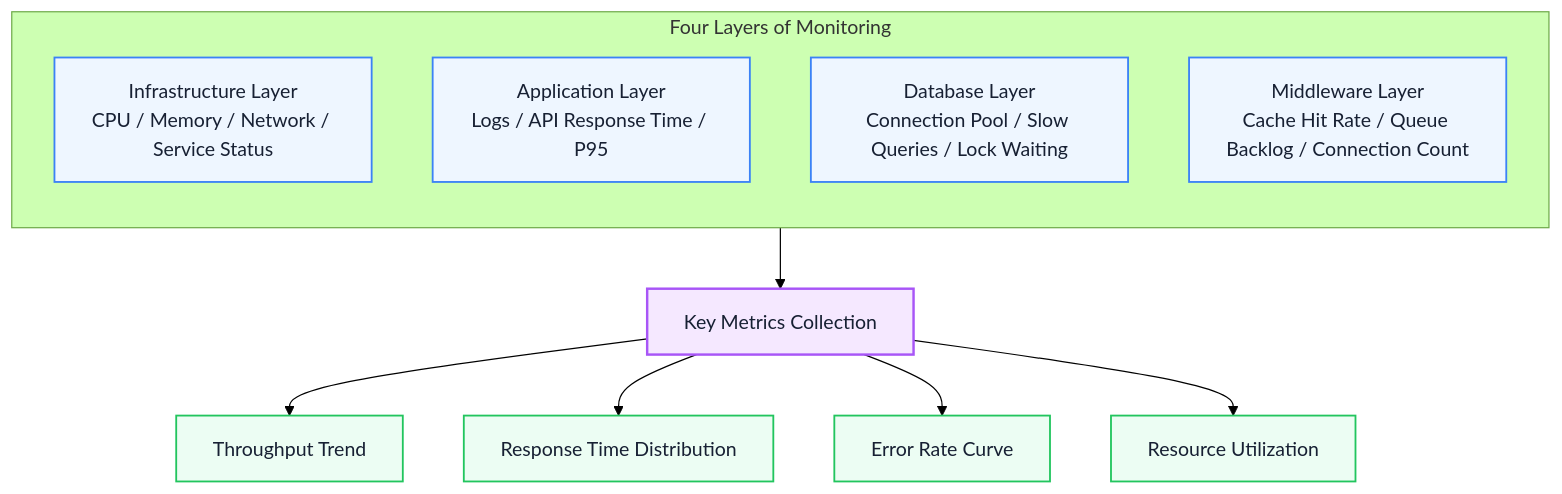
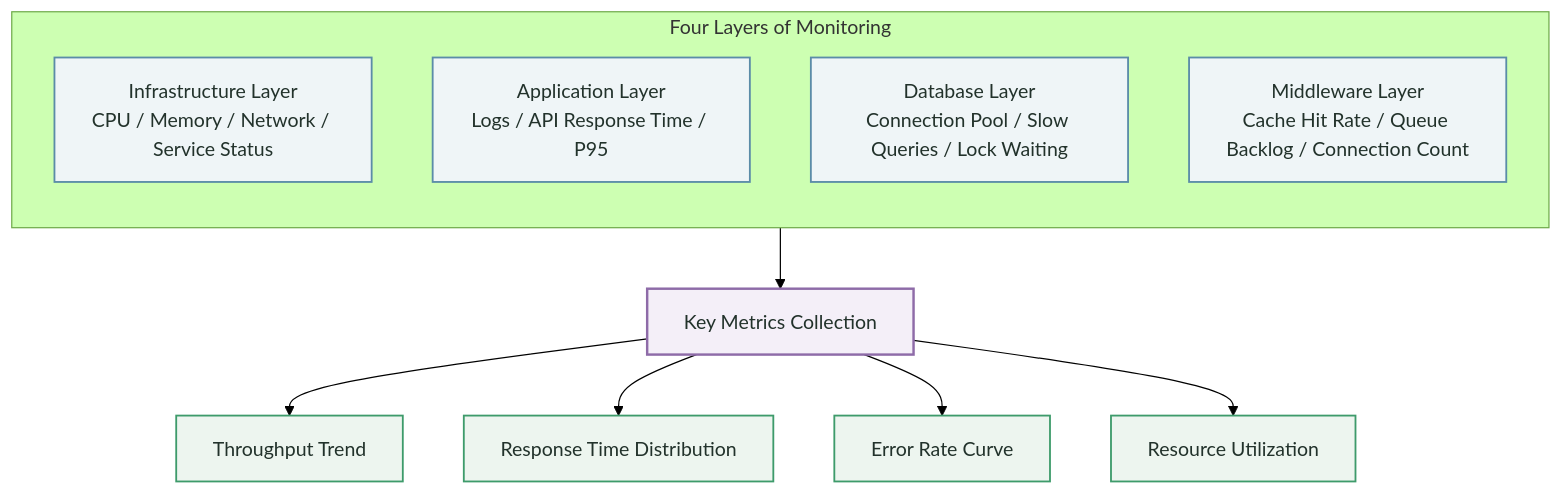
Before and after one commit to Fatejian/frontier-vault: the third of 4 diagrams in docs/en/testing/load-testing-practice.md, drawn with Mermaid (forest theme). The commit also changed other lines of this file and 63 other files, not shown here.

````diff
--- a/docs/en/testing/load-testing-practice.md
+++ b/docs/en/testing/load-testing-practice.md
@@ -306,27 +306,27 @@
 ```mermaid
 flowchart TB
     subgraph Monitor["Four Layers of Monitoring"]
         direction TB
         M1["Infrastructure Layer<br/>CPU / Memory / Network / Service Status"]
         M2["Application Layer<br/>Logs / API Response Time / P95"]
         M3["Database Layer<br/>Connection Pool / Slow Queries / Lock Waiting"]
         M4["Middleware Layer<br/>Cache Hit Rate / Queue Backlog / Connection Count"]
     end
 
     Metrics["Key Metrics Collection"]
 
     Monitor --> Metrics
 
     Metrics --> A1["Throughput Trend"]
     Metrics --> A2["Response Time Distribution"]
     Metrics --> A3["Error Rate Curve"]
     Metrics --> A4["Resource Utilization"]
 
-    classDef wait fill:#EEF6FF,stroke:#3B82F6,color:#172033,stroke-width:1.5px;
-    classDef metric fill:#F5E8FF,stroke:#A855F7,color:#172033,stroke-width:2px;
-    classDef work fill:#ECFDF3,stroke:#22C55E,color:#172033,stroke-width:1.5px;
+    classDef wait fill:#EFF5F7,stroke:#5B8CA8,color:#22322B,stroke-width:1.5px;
+    classDef metric fill:#F4EFF8,stroke:#8E6BA8,color:#22322B,stroke-width:2px;
+    classDef work fill:#EDF5EF,stroke:#3E9B6B,color:#22322B,stroke-width:1.5px;
 
     class M1,M2,M3,M4 wait;
     class Metrics metric;
     class A1,A2,A3,A4 work;
 ```
````
